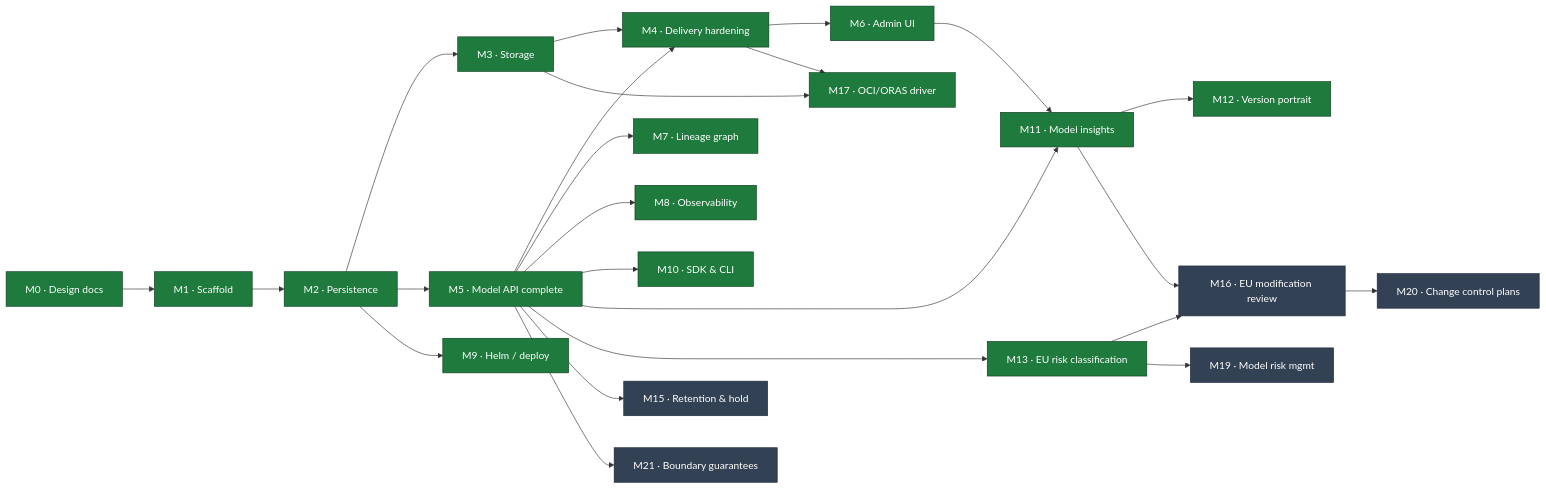
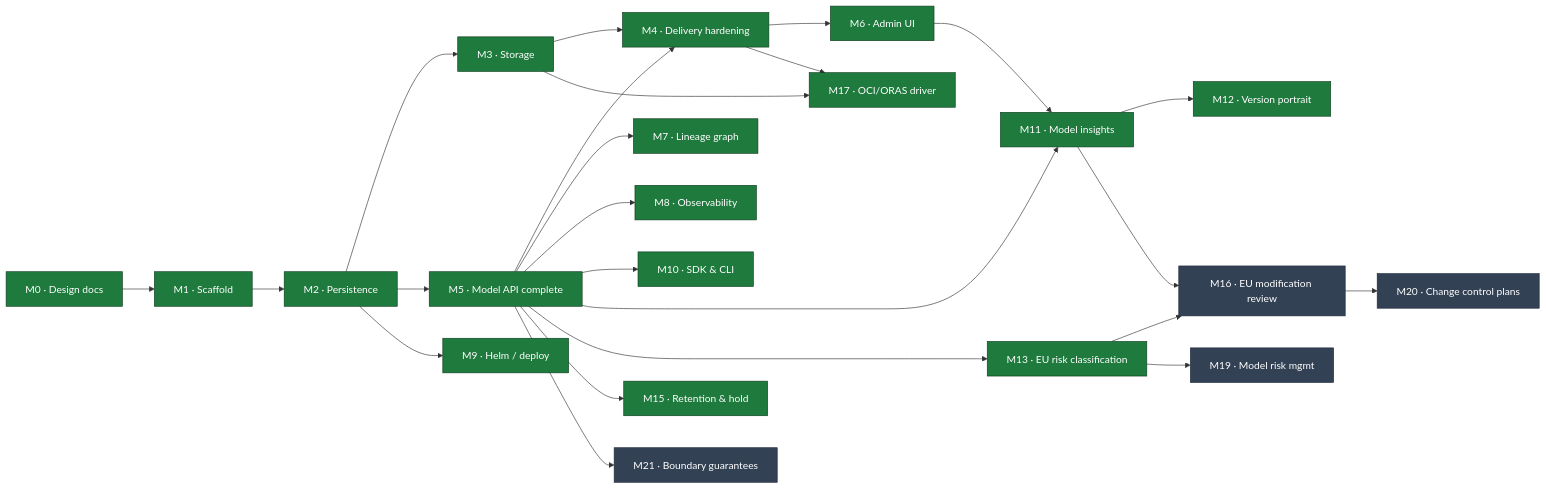
Before and after one commit to proseria-research/lineage: the diagram in MILESTONES.md, drawn with Mermaid. The commit also changed other lines of this file and 2 other files, not shown here.

````diff
--- a/MILESTONES.md
+++ b/MILESTONES.md
@@ -17,36 +17,36 @@
 ```mermaid
 flowchart LR
     M0["M0 · Design docs"] --> M1["M1 · Scaffold"]
     M1 --> M2["M2 · Persistence"]
     M2 --> M3["M3 · Storage"]
     M2 --> M5["M5 · Model API complete"]
     M3 --> M4["M4 · Delivery hardening"]
     M5 --> M4
     M5 --> M7["M7 · Lineage graph"]
     M4 --> M6["M6 · Admin UI"]
     M5 --> M8["M8 · Observability"]
     M2 --> M9["M9 · Helm / deploy"]
     M5 --> M10["M10 · SDK & CLI"]
     M5 --> M11["M11 · Model insights"]
     M6 --> M11
     M11 --> M12["M12 · Version portrait"]
 
     M5 --> M13["M13 · EU risk classification"]
     M13 --> M16["M16 · EU modification review"]
     M11 --> M16
     M5 --> M15["M15 · Retention &amp; hold"]
 
     M3 --> M17["M17 · OCI/ORAS driver"]
     M4 --> M17
 
     M13 --> M19["M19 · Model risk mgmt"]
     M16 --> M20["M20 · Change control plans"]
 
     M5 --> M21["M21 · Boundary guarantees"]
 
     classDef done fill:#1f7a3d,stroke:#0d3d1e,color:#fff;
     classDef active fill:#b45309,stroke:#7c3a06,color:#fff;
     classDef todo fill:#334155,stroke:#1e293b,color:#fff;
-    class M0,M1,M2,M3,M4,M5,M6,M7,M8,M9,M10,M11,M12,M13,M17 done;
-    class M15,M16,M19,M20,M21 todo;
+    class M0,M1,M2,M3,M4,M5,M6,M7,M8,M9,M10,M11,M12,M13,M15,M17 done;
+    class M16,M19,M20,M21 todo;
 ```
````
